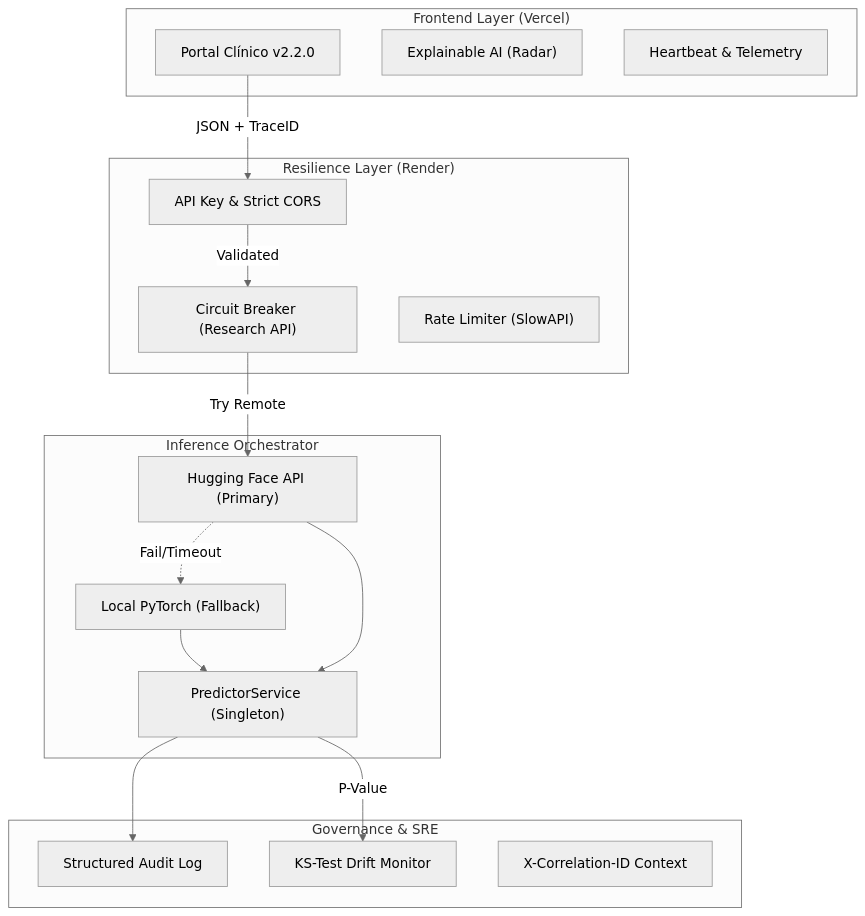
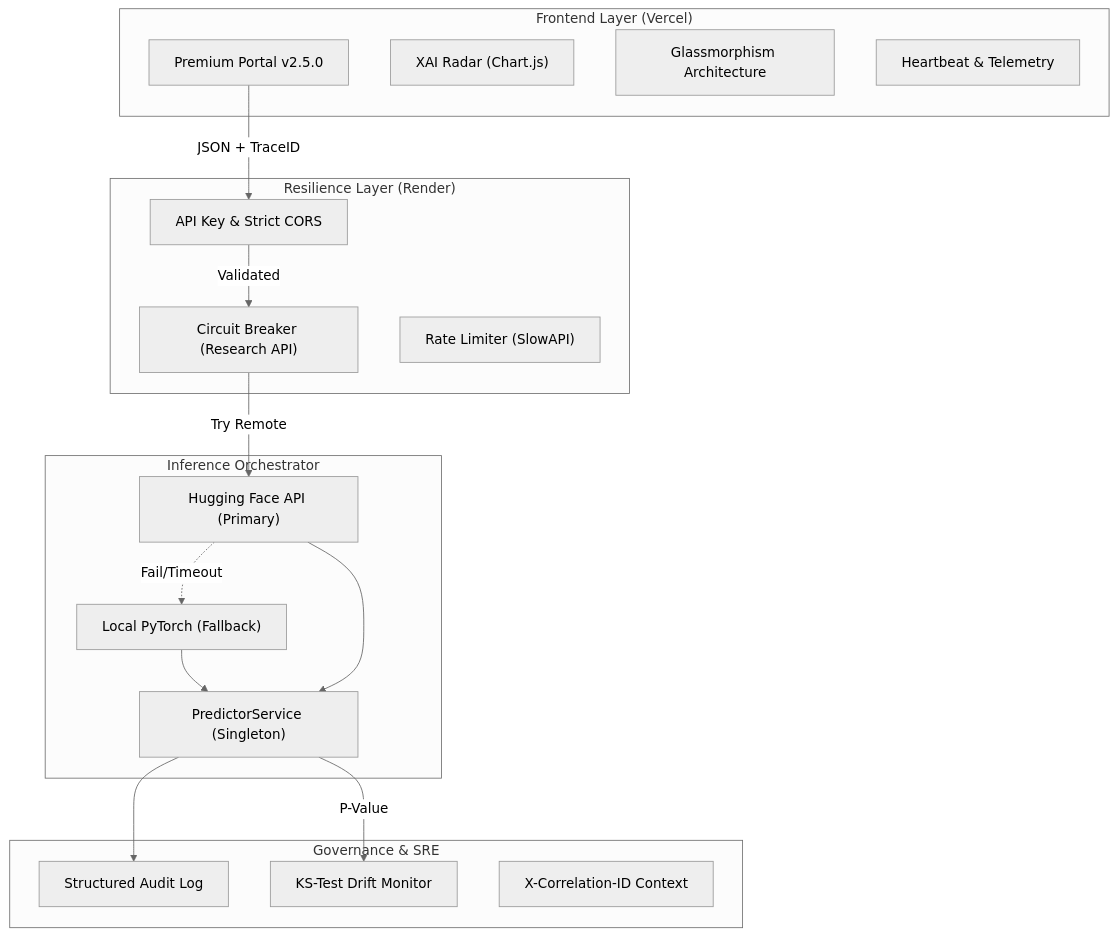
One commit to vdfs89/Aether_Oncology changed the diagram in PROJECT_STATUS.md. Above: the diagram before and after it, drawn with Mermaid (neutral theme). The commit also changed other lines of this file, not shown here.

Commit message:
docs: update PROJECT_STATUS.md to v2.5.0 with Premium UI Architecture

````diff
--- a/PROJECT_STATUS.md
+++ b/PROJECT_STATUS.md
@@ -30,35 +30,36 @@
 ```mermaid
 graph TD
     subgraph "Frontend Layer (Vercel)"
-        UI["Portal Clínico v2.2.0"]
-        XAI["Explainable AI (Radar)"]
+        UI["Premium Portal v2.5.0"]
+        XAI["XAI Radar (Chart.js)"]
+        GLS["Glassmorphism Architecture"]
         HB["Heartbeat & Telemetry"]
     end
 
     subgraph "Resilience Layer (Render)"
         CB["Circuit Breaker (Research API)"]
         LIM["Rate Limiter (SlowAPI)"]
         SEC["API Key & Strict CORS"]
     end
 
     subgraph "Inference Orchestrator"
         Main["PredictorService (Singleton)"]
         HF["Hugging Face API (Primary)"]
         LP["Local PyTorch (Fallback)"]
     end
 
     subgraph "Governance & SRE"
         Audit["Structured Audit Log"]
         Drift["KS-Test Drift Monitor"]
         Trace["X-Correlation-ID Context"]
     end
 
     UI -->|JSON + TraceID| SEC
     SEC -->|Validated| CB
     CB -->|Try Remote| HF
     HF -.->|Fail/Timeout| LP
     LP --> Main
     HF --> Main
     Main --> Audit
     Main -->|P-Value| Drift
 ```
````
